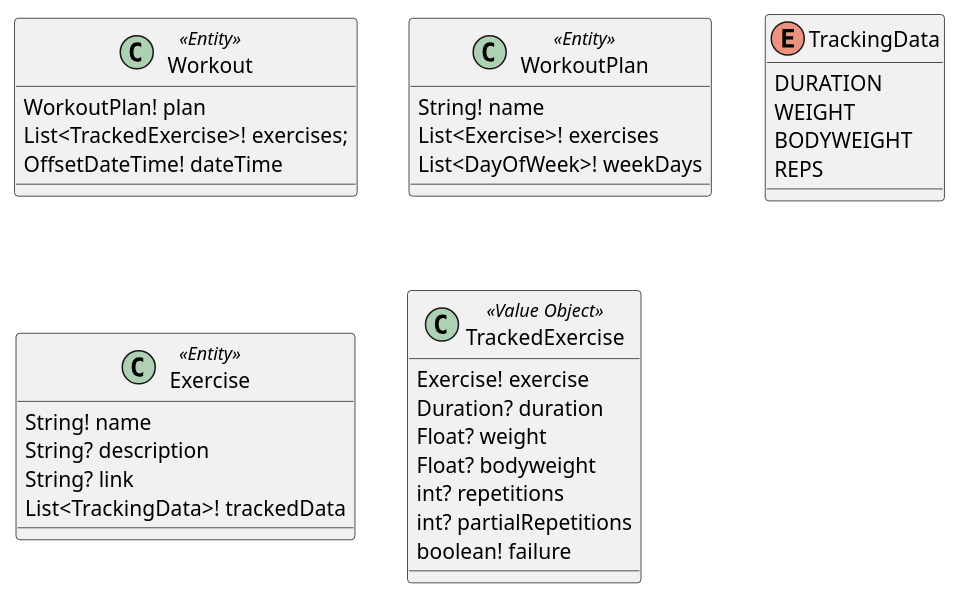
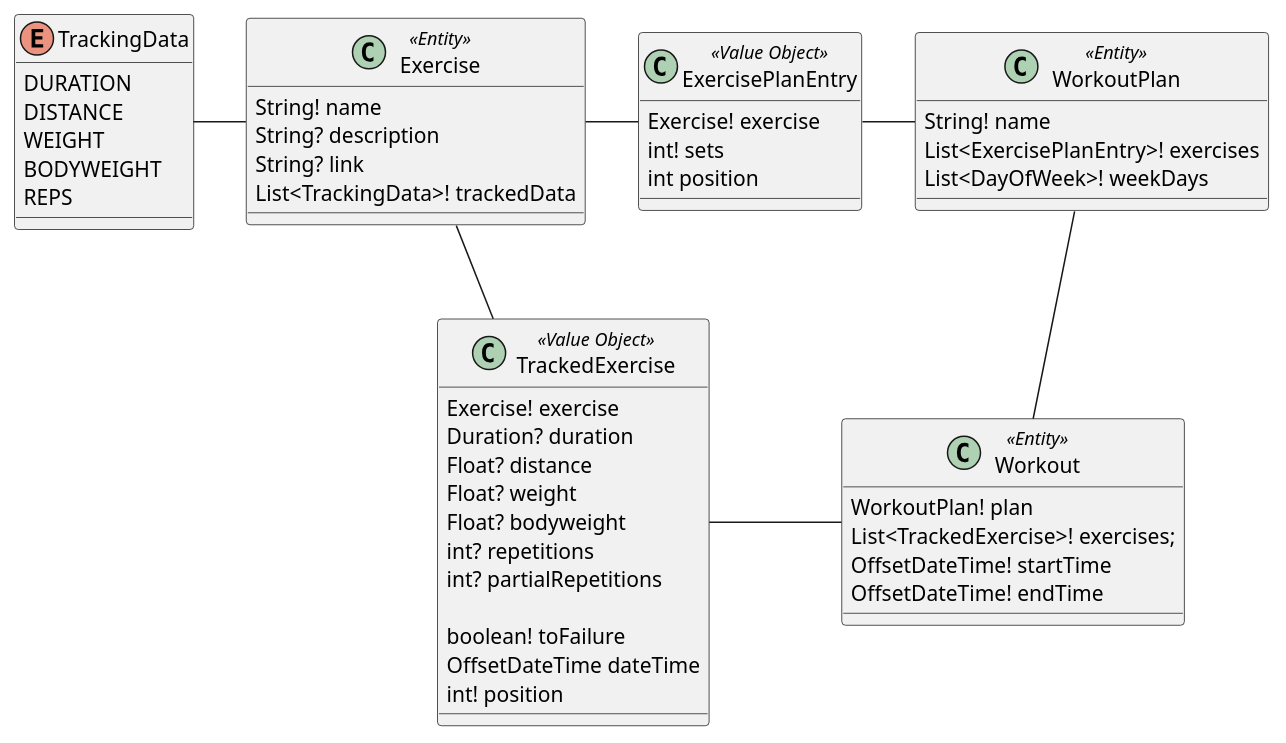
Before and after one commit to GroellerKarim/datastream: the diagram in datastream-server/src/main/resources/puml/domain_model.puml, drawn with PlantUML. The commit also changed 7 other files, not shown here.

```diff
--- a/datastream-server/src/main/resources/puml/domain_model.puml
+++ b/datastream-server/src/main/resources/puml/domain_model.puml
@@ -1,43 +1,60 @@
 @startuml
 'https://plantuml.com/class-diagram
 
 class Workout <<Entity>> {
 WorkoutPlan! plan
 List<TrackedExercise>! exercises;
-OffsetDateTime! dateTime
+OffsetDateTime! startTime
+OffsetDateTime! endTime
 }
 
 class WorkoutPlan <<Entity>> {
 String! name
-List<Exercise>! exercises
+List<ExercisePlanEntry>! exercises
 List<DayOfWeek>! weekDays
 }
 
 enum TrackingData {
 DURATION
+DISTANCE
 WEIGHT
 BODYWEIGHT
 REPS
 }
 
 class Exercise <<Entity>> {
 String! name
 String? description
 String? link
 List<TrackingData>! trackedData
+
 }
 
 class TrackedExercise <<Value Object>> {
 Exercise! exercise
 Duration? duration
+Float? distance
 Float? weight
 Float? bodyweight
 int? repetitions
 int? partialRepetitions
-boolean! failure
+
+boolean! toFailure
+OffsetDateTime dateTime
+int! position
 }
 
+class ExercisePlanEntry <<Value Object>> {
+Exercise! exercise
+int! sets
+int position
+}
 
-
+Exercise -- TrackedExercise
+Exercise -right- ExercisePlanEntry
+ExercisePlanEntry -right- WorkoutPlan
+TrackingData -right- Exercise
+TrackedExercise -right- Workout
+WorkoutPlan -down- Workout
 
 @enduml
```
